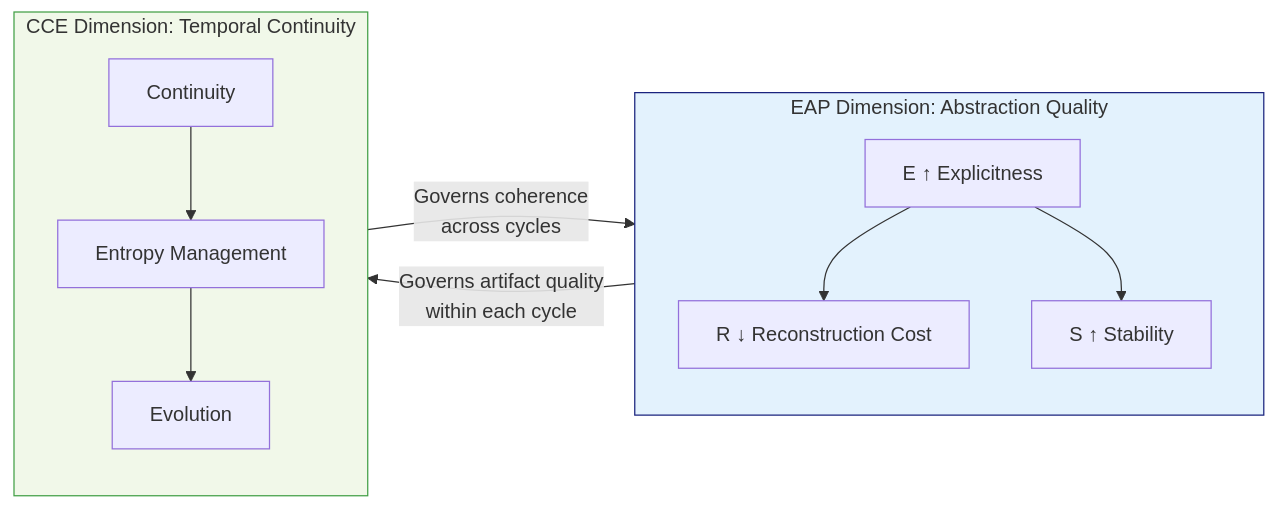
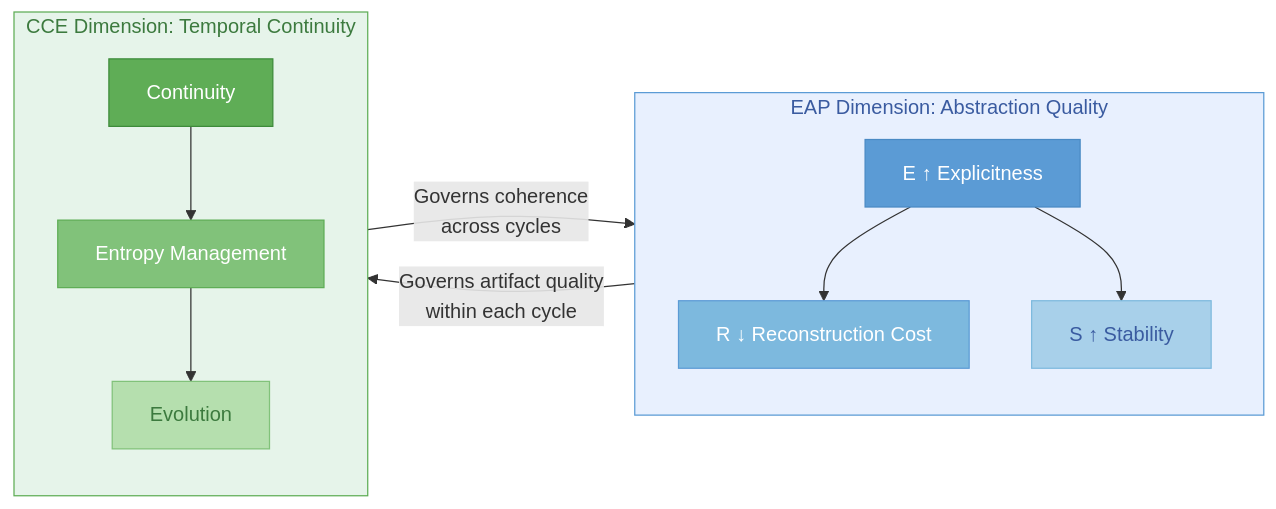
The fourth of 5 diagrams in README.md (tellmewhattodo/cognitive-continuity-engineering), drawn with Mermaid before and after one commit. The commit also changed other lines of this file, not shown here.

Commit message:
Fix Mermaid color palette for eye-friendly readability

````diff
--- a/README.md
+++ b/README.md
@@ -365,22 +369,28 @@
 ```mermaid
 flowchart LR
     subgraph EAP["EAP Dimension: Abstraction Quality"]
         E_var[E ↑ Explicitness]
         R_var[R ↓ Reconstruction Cost]
         S_var[S ↑ Stability]
         E_var --> R_var
         E_var --> S_var
     end
     subgraph CCE["CCE Dimension: Temporal Continuity"]
         Cont[Continuity]
         Ent[Entropy Management]
         Evol[Evolution]
         Cont --> Ent
         Ent --> Evol
     end
     EAP -->|Governs artifact quality<br/>within each cycle| CCE
     CCE -->|Governs coherence<br/>across cycles| EAP
     
-    style EAP fill:#E3F2FD,stroke:#1A237E
-    style CCE fill:#F1F8E9,stroke:#43A047
+    style EAP fill:#E8F0FE,stroke:#5B9BD5,color:#3A5BA0
+    style CCE fill:#E6F4EA,stroke:#5FAD56,color:#3C7A3E
+    style E_var fill:#5B9BD5,color:#fff,stroke:#4A8AC4
+    style R_var fill:#7DB9DE,color:#fff,stroke:#5B9BD5
+    style S_var fill:#A8D0EA,color:#3A5BA0,stroke:#7DB9DE
+    style Cont fill:#5FAD56,color:#fff,stroke:#3D8B3A
+    style Ent fill:#81C27A,color:#fff,stroke:#5FAD56
+    style Evol fill:#B5DFAE,color:#3C7A3E,stroke:#81C27A
 ```
````
